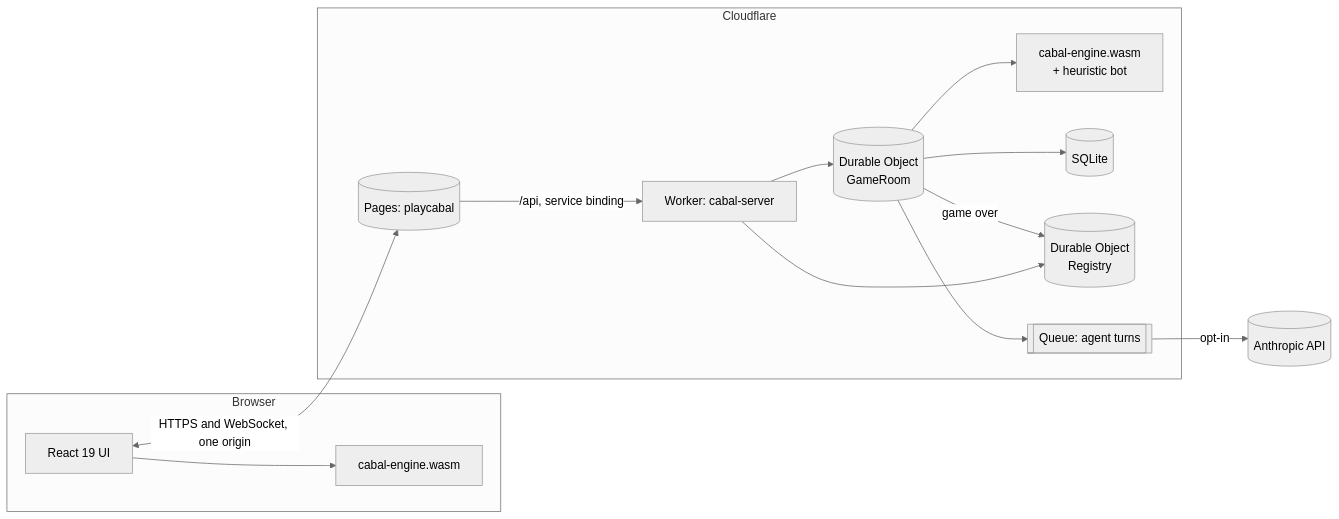
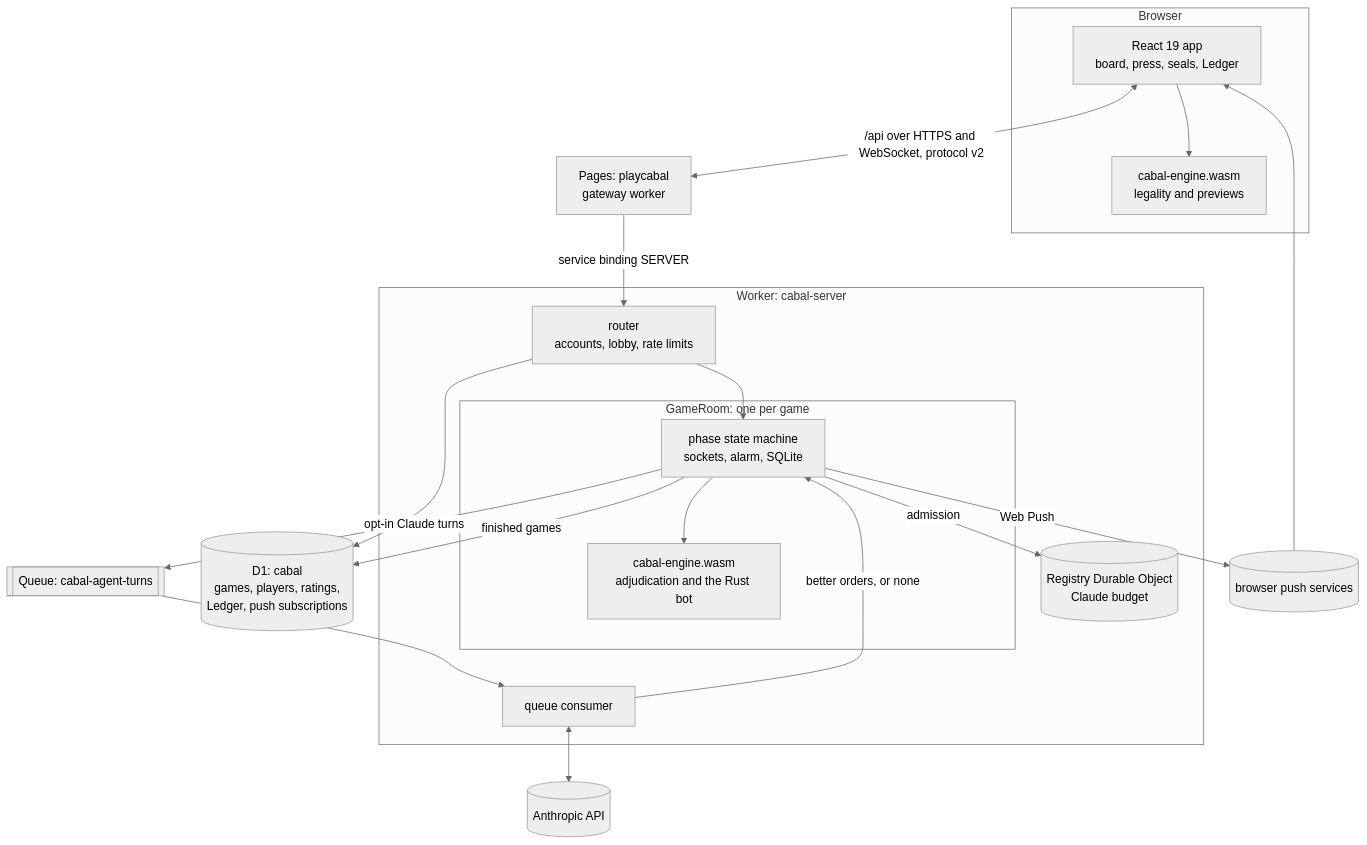
Before and after one commit to KarthikSubramanian07/Cabal: the diagram in README.md, drawn with Mermaid (neutral theme). The commit also changed other lines of this file and 4 other files, not shown here.

First line of the commit message:
docs(readme): rewrite the README around seals, receipts and the Ledger

````diff
--- a/README.md
+++ b/README.md
@@ -62,26 +68,39 @@
 ```mermaid
-flowchart LR
+flowchart TB
   subgraph Browser
-    UI[React 19 UI]
-    W1[cabal-engine.wasm]
+    UI[React 19 app<br/>board, press, seals, Ledger]
+    W1[cabal-engine.wasm<br/>legality and previews]
     UI --> W1
   end
-  subgraph Cloudflare
-    Pages[(Pages: playcabal)]
-    API[Worker: cabal-server]
-    DO[(Durable Object\nGameRoom)]
-    W2[cabal-engine.wasm\n+ heuristic bot]
-    SQL[(SQLite)]
-    REG[(Durable Object\nRegistry)]
-    Q[[Queue: agent turns]]
-    DO --> W2
-    DO --> SQL
-    Pages -->|/api, service binding| API
-    API --> DO
-    API --> REG
-    DO -->|game over| REG
-    DO --> Q
+
+  GW[Pages: playcabal<br/>gateway worker]
+
+  subgraph Worker["Worker: cabal-server"]
+    API[router<br/>accounts, lobby, rate limits]
+    subgraph Room["GameRoom: one per game"]
+      SM[phase state machine<br/>sockets, alarm, SQLite]
+      W2[cabal-engine.wasm<br/>adjudication and the Rust bot]
+      SM --> W2
+    end
+    REG[(Registry Durable Object<br/>Claude budget)]
+    QC[queue consumer]
   end
-  UI <-->|HTTPS and WebSocket, one origin| Pages
-  Q -->|opt-in| Claude[(Anthropic API)]
+
+  D1[(D1: cabal<br/>games, players, ratings,<br/>Ledger, push subscriptions)]
+  Q[[Queue: cabal-agent-turns]]
+  AI[(Anthropic API)]
+  PS[(browser push services)]
+
+  UI <-->|"/api over HTTPS and WebSocket, protocol v2"| GW
+  GW -->|service binding SERVER| API
+  API --> SM
+  API --> D1
+  SM -->|finished games| D1
+  SM -->|admission| REG
+  SM -->|opt-in Claude turns| Q
+  Q --> QC
+  QC <--> AI
+  QC -->|better orders, or none| SM
+  SM -->|Web Push| PS
+  PS --> UI
 ```
````
